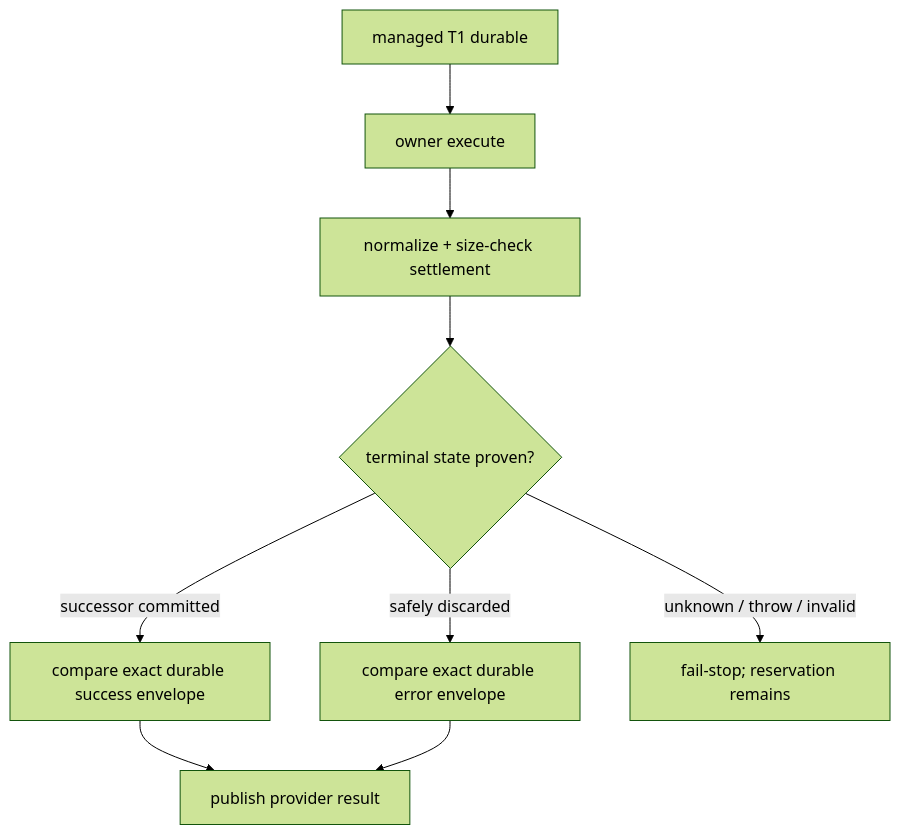
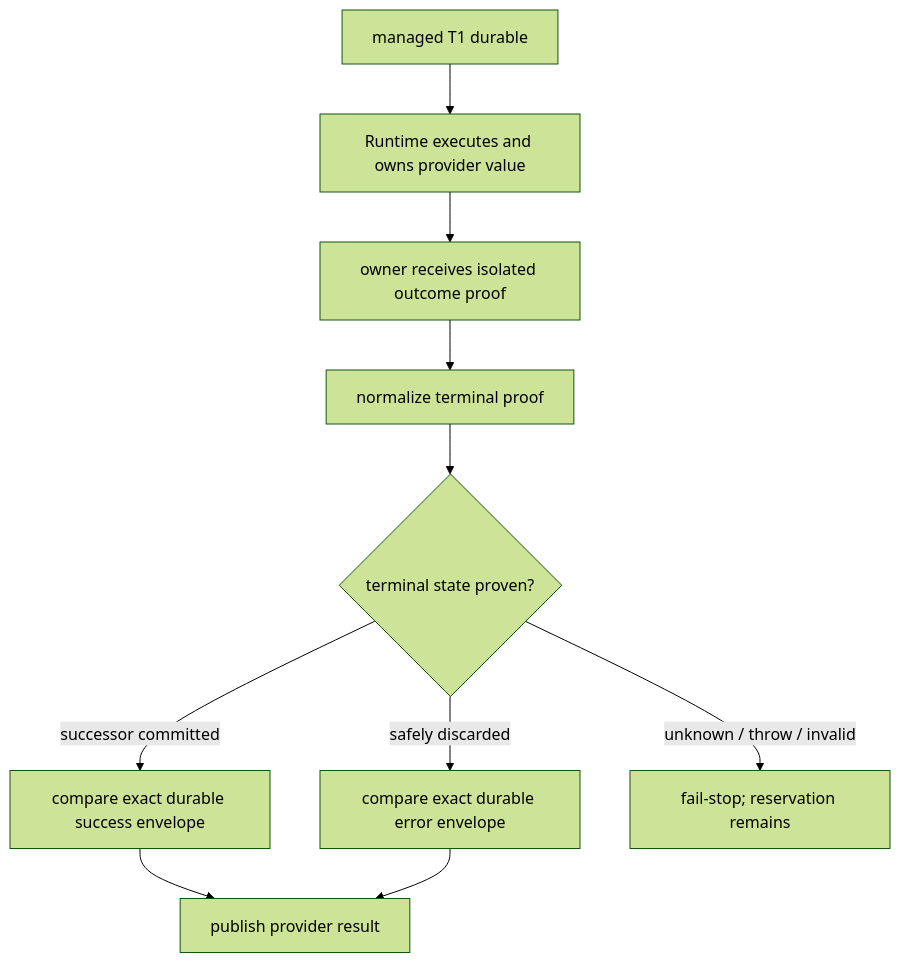
One commit to zhiiw/maka-agent changed the diagram in docs/architecture/runtime-managed-workspace-mutation-execution-admission-v1.zh-CN.md. Above: the diagram before and after it, drawn with Mermaid (forest theme). The commit also changed other lines of this file and 2 other files, not shown here.

Commit message:
fix(runtime): keep managed results under runtime authority

````diff
--- a/docs/architecture/runtime-managed-workspace-mutation-execution-admission-v1.zh-CN.md
+++ b/docs/architecture/runtime-managed-workspace-mutation-execution-admission-v1.zh-CN.md
@@ -56,11 +57,12 @@
 ```mermaid
 flowchart TD
-  T1["managed T1 durable"] --> O["owner execute"]
-  O --> N["normalize + size-check settlement"]
+  T1["managed T1 durable"] --> O["Runtime executes and owns provider value"]
+  O --> Q["owner receives isolated outcome proof"]
+  Q --> N["normalize terminal proof"]
   N --> S{"terminal state proven?"}
   S -->|"successor committed"| A["compare exact durable success envelope"]
   S -->|"safely discarded"| E["compare exact durable error envelope"]
   S -->|"unknown / throw / invalid"| P["fail-stop; reservation remains"]
   A --> R["publish provider result"]
   E --> R
 ```
````
